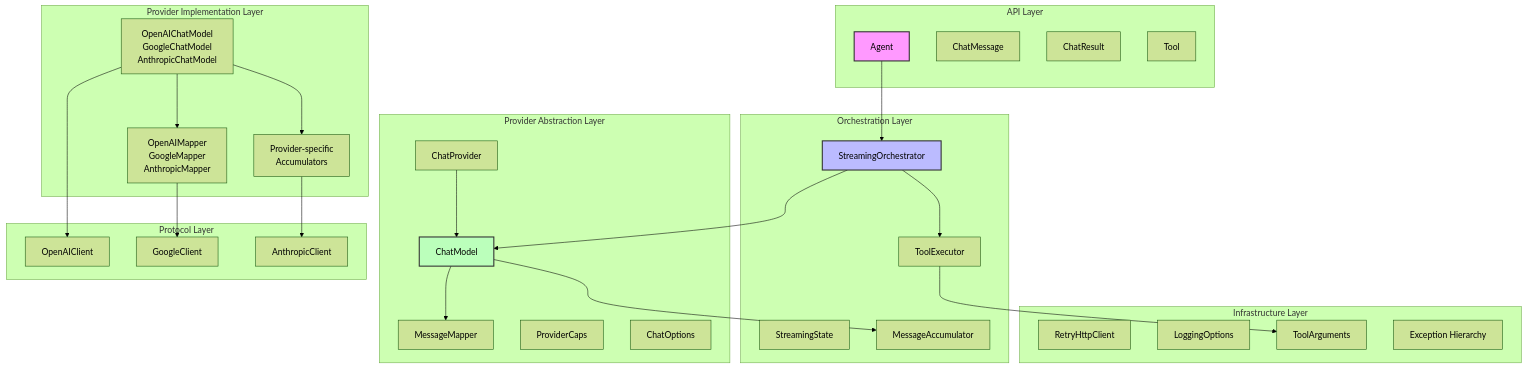
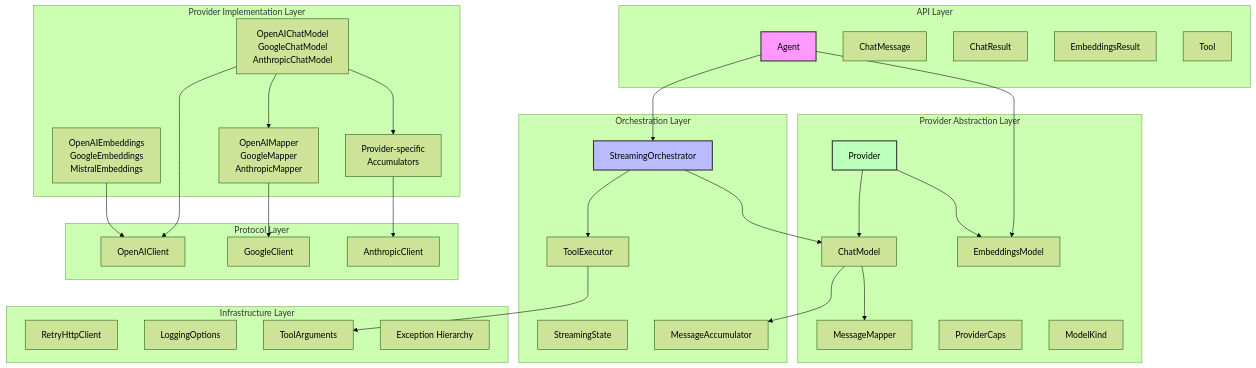
One commit to csells/langchain_dart changed the first of 2 diagrams in packages/langchain_compat/specs/ARCHITECTURE_OVERVIEW.md. Above: the diagram before and after it, drawn with Mermaid (forest theme). The commit also changed other lines of this file and 10 other files, not shown here.

Commit message:
updated specs for the new architecture

````diff
--- a/packages/langchain_compat/specs/ARCHITECTURE_OVERVIEW.md
+++ b/packages/langchain_compat/specs/ARCHITECTURE_OVERVIEW.md
@@ -171,60 +200,66 @@
 ```mermaid
 graph TB
     subgraph "API Layer"
         A1[Agent]
         A2[ChatMessage]
         A3[ChatResult]
-        A4[Tool]
+        A4[EmbeddingsResult]
+        A5[Tool]
     end
     
     subgraph "Orchestration Layer"
         O1[StreamingOrchestrator]
         O2[ToolExecutor]
         O3[StreamingState]
         O4[MessageAccumulator]
     end
     
     subgraph "Provider Abstraction Layer"
-        P1[ChatProvider]
+        P1[Provider]
         P2[ChatModel]
-        P3[MessageMapper]
-        P4[ProviderCaps]
-        P5[ChatOptions]
+        P3[EmbeddingsModel]
+        P4[MessageMapper]
+        P5[ProviderCaps]
+        P6[ModelKind]
     end
     
     subgraph "Provider Implementation Layer"
         I1[OpenAIChatModel<br/>GoogleChatModel<br/>AnthropicChatModel]
-        I2[OpenAIMapper<br/>GoogleMapper<br/>AnthropicMapper]
-        I3[Provider-specific<br/>Accumulators]
+        I2[OpenAIEmbeddings<br/>GoogleEmbeddings<br/>MistralEmbeddings]
+        I3[OpenAIMapper<br/>GoogleMapper<br/>AnthropicMapper]
+        I4[Provider-specific<br/>Accumulators]
     end
     
     subgraph "Infrastructure Layer"
         F1[RetryHttpClient]
         F2[LoggingOptions]
         F3[ToolArguments]
         F4[Exception Hierarchy]
     end
     
     subgraph "Protocol Layer"
         PR1[OpenAIClient]
         PR2[GoogleClient]
         PR3[AnthropicClient]
     end
     
     A1 --> O1
+    A1 --> P3
     O1 --> O2
     O1 --> P2
     O2 --> F3
     P1 --> P2
-    P2 --> P3
+    P1 --> P3
+    P2 --> P4
     P2 --> O4
-    I1 --> I2
     I1 --> I3
+    I1 --> I4
     I1 --> PR1
-    I2 --> PR2
-    I3 --> PR3
+    I2 --> PR1
+    I3 --> PR2
+    I4 --> PR3
     
     style A1 fill:#f9f,stroke:#333,stroke-width:2px
     style O1 fill:#bbf,stroke:#333,stroke-width:2px
-    style P2 fill:#bfb,stroke:#333,stroke-width:2px
+    style P1 fill:#bfb,stroke:#333,stroke-width:2px
 ```
````
